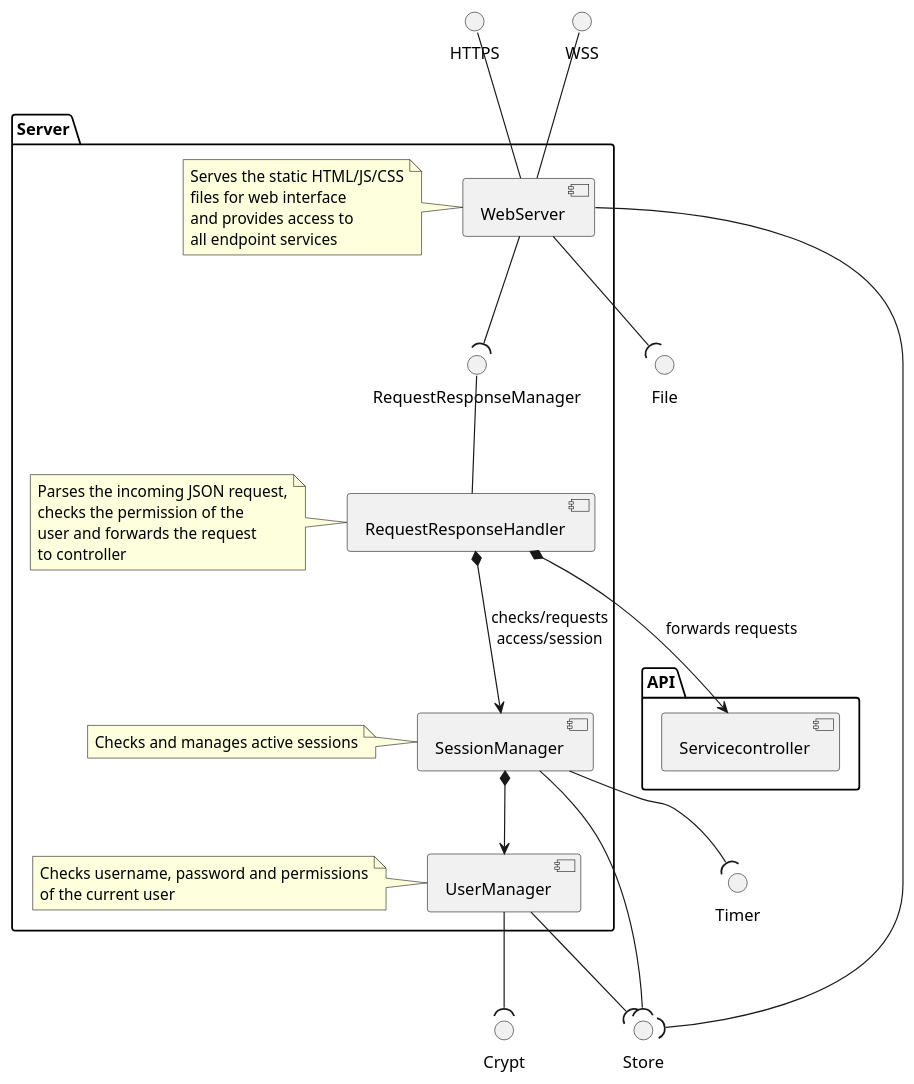
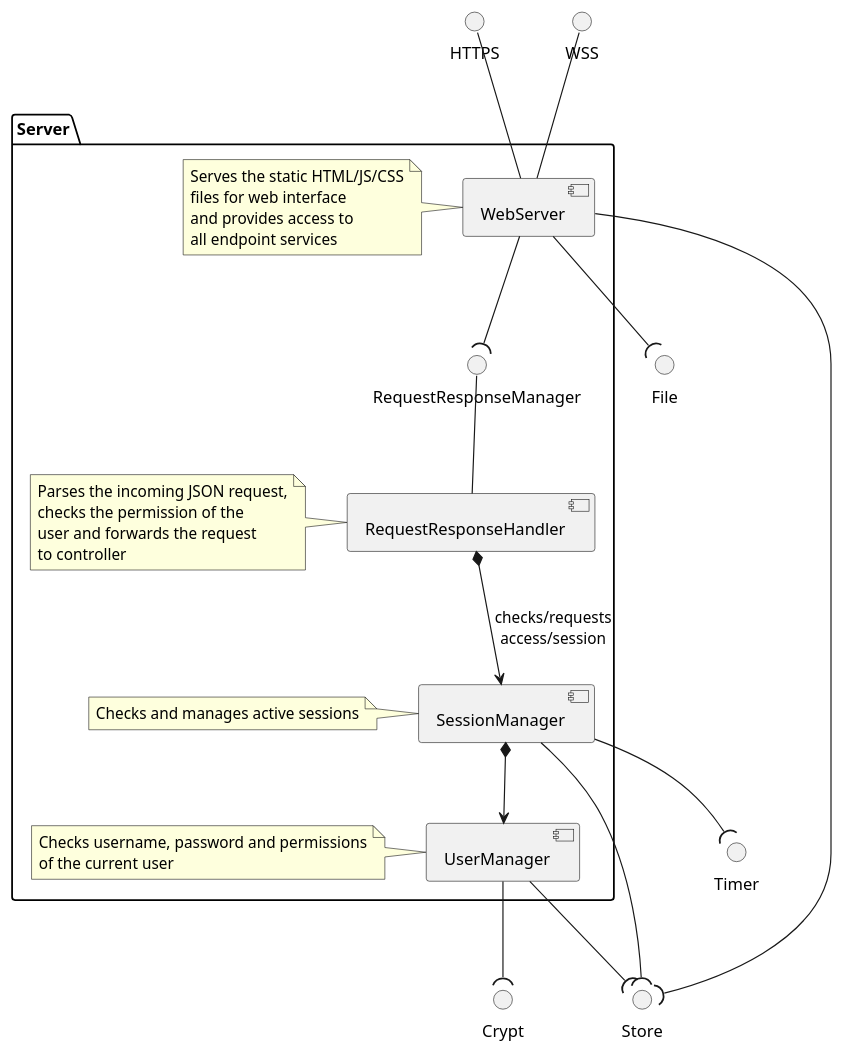
Before and after one commit to NewTec-GmbH/ZumoComSystem: the diagram in doc/architecture/server/04_Server.plantuml, drawn with PlantUML. The commit also changed 26 other files, not shown here.

```diff
--- a/doc/architecture/server/04_Server.plantuml
+++ b/doc/architecture/server/04_Server.plantuml
@@ -1,47 +1,42 @@
 @startuml
 interface "WSS" as WSS
 interface "HTTPS" as HTTPS
 
 interface "File" as File
 interface "Crypt" as Crypt
 interface "Store" as Store
 interface "Timer" as Timer
-
-package "API" as api {
-    component "Servicecontroller" as servicecontroller
-}
 
 package Server {
     component "WebServer" as webserver
 
     note left of webserver : Serves the static HTML/JS/CSS\nfiles for web interface\nand provides access to\nall endpoint services
 
     webserver -up- WSS
     webserver -up- HTTPS
 
     webserver -down-(File
     webserver -down-(Store
 
     component "SessionManager" as sessionsmgmt
     component "UserManager" as usermgmt
     component "RequestResponseHandler" as requesthandler
 
     note left of sessionsmgmt : Checks and manages active sessions
     note left of requesthandler : Parses the incoming JSON request,\nchecks the permission of the\nuser and forwards the request\nto controller
     note left of usermgmt : Checks username, password and permissions\nof the current user
 
     interface "RequestResponseManager" as Request
     requesthandler -up- Request
 
-    requesthandler *--> servicecontroller : forwards requests
     requesthandler *--> sessionsmgmt : checks/requests\naccess/session
 
     sessionsmgmt *--> usermgmt
 
     webserver -down-(Request
     sessionsmgmt -down-(Store
     sessionsmgmt -down-(Timer
     usermgmt -down-(Store
     usermgmt -down-(Crypt
 }
 @enduml
```
